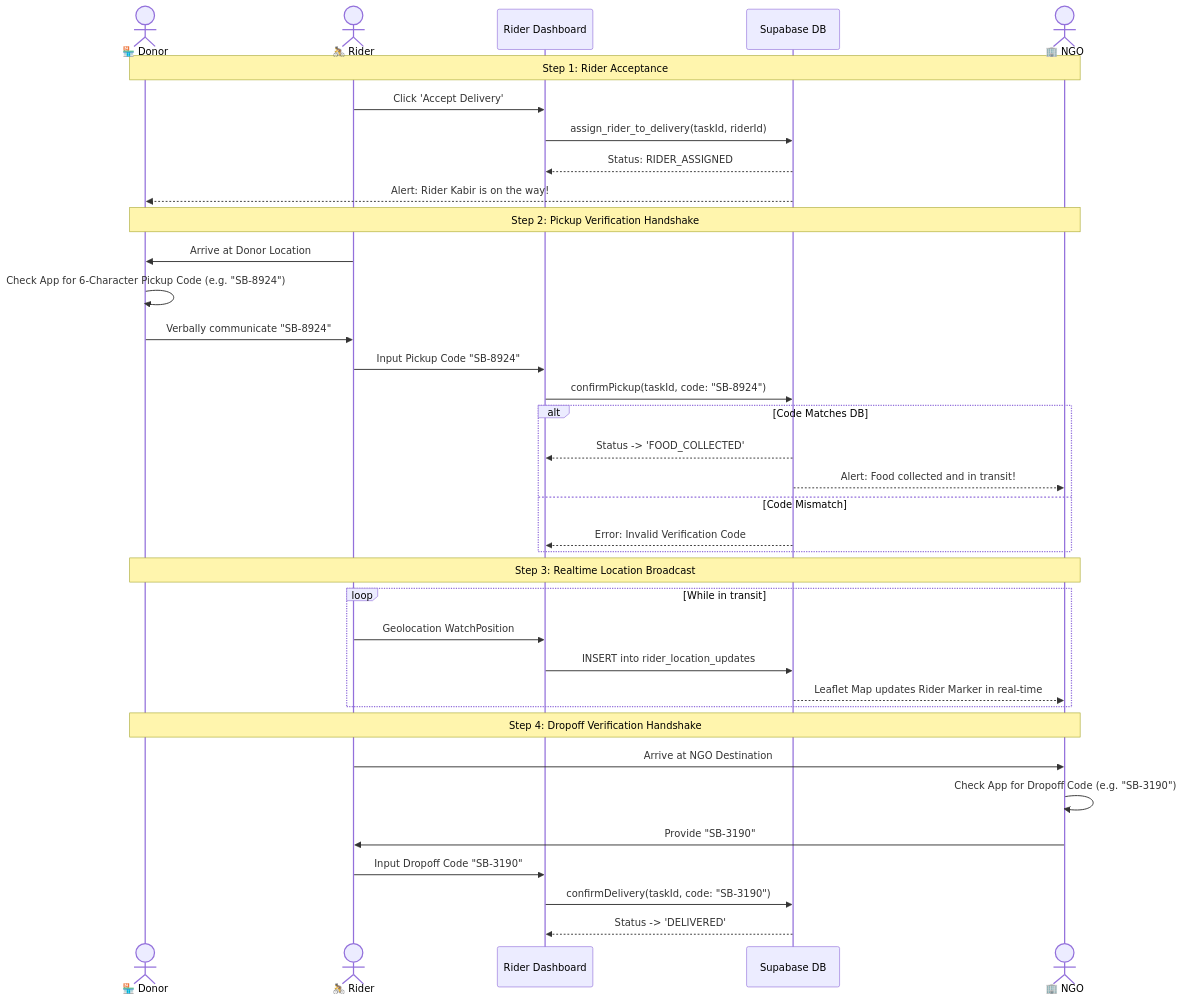
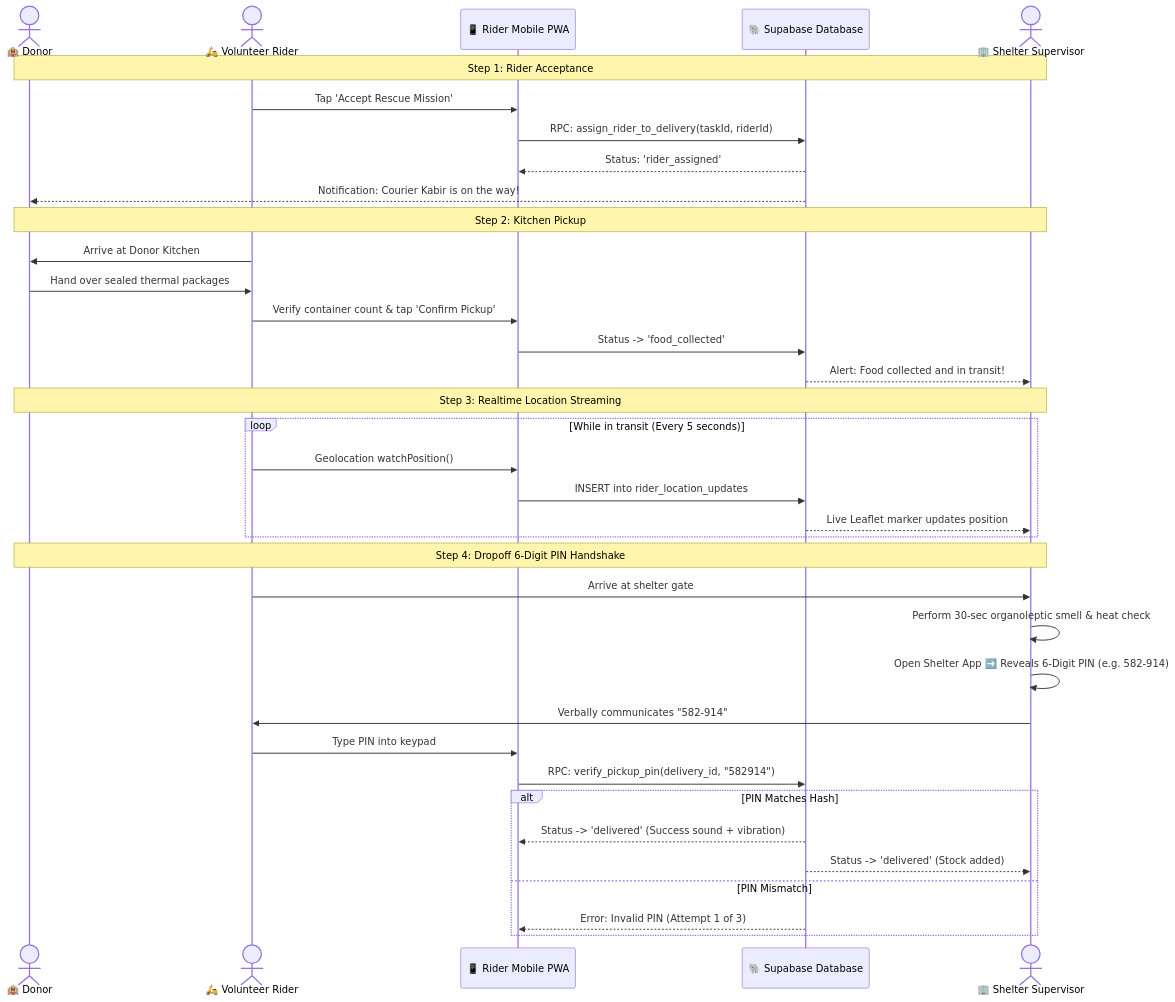
Before and after one commit to rohillanikhlesh2510/Sharebite---Food-rescuing-app: the fifth of 11 diagrams in docs/WORKFLOW_DIAGRAM.md, drawn with Mermaid. The commit also changed other lines of this file, not shown here.

Commit message:
docs(workflows): upgrade visual lifecycle diagrams, offline PWA sync, and FSSAI organoleptic decision flows

````diff
--- a/docs/WORKFLOW_DIAGRAM.md
+++ b/docs/WORKFLOW_DIAGRAM.md
@@ -201,42 +201,42 @@
 ```mermaid
 sequenceDiagram
-    actor Donor as 🏪 Donor
-    actor Rider as 🚴 Rider
-    participant App as Rider Dashboard
-    participant DB as Supabase DB
-    actor NGO as 🏢 NGO
+    actor Donor as 🏨 Donor
+    actor Rider as 🛵 Volunteer Rider
+    participant App as 📱 Rider Mobile PWA
+    participant DB as 🐘 Supabase Database
+    actor NGO as 🏢 Shelter Supervisor
 
     Note over Donor,NGO: Step 1: Rider Acceptance
-    Rider->>App: Click 'Accept Delivery'
-    App->>DB: assign_rider_to_delivery(taskId, riderId)
-    DB-->>App: Status: RIDER_ASSIGNED
-    DB-->>Donor: Alert: Rider Kabir is on the way!
+    Rider->>App: Tap 'Accept Rescue Mission'
+    App->>DB: RPC: assign_rider_to_delivery(taskId, riderId)
+    DB-->>App: Status: 'rider_assigned'
+    DB-->>Donor: Notification: Courier Kabir is on the way!
 
-    Note over Donor,NGO: Step 2: Pickup Verification Handshake
-    Rider->>Donor: Arrive at Donor Location
-    Donor->>Donor: Check App for 6-Character Pickup Code (e.g. "SB-8924")
-    Donor->>Rider: Verbally communicate "SB-8924"
-    Rider->>App: Input Pickup Code "SB-8924"
-    App->>DB: confirmPickup(taskId, code: "SB-8924")
-    alt Code Matches DB
-        DB-->>App: Status -> 'FOOD_COLLECTED'
-        DB-->>NGO: Alert: Food collected and in transit!
-    else Code Mismatch
-        DB-->>App: Error: Invalid Verification Code
+    Note over Donor,NGO: Step 2: Kitchen Pickup
+    Rider->>Donor: Arrive at Donor Kitchen
+    Donor->>Rider: Hand over sealed thermal packages
+    Rider->>App: Verify container count & tap 'Confirm Pickup'
+    App->>DB: Status -> 'food_collected'
+    DB-->>NGO: Alert: Food collected and in transit!
+
+    Note over Donor,NGO: Step 3: Realtime Location Streaming
+    loop While in transit (Every 5 seconds)
+        Rider->>App: Geolocation watchPosition()
+        App->>DB: INSERT into rider_location_updates
+        DB-->>NGO: Live Leaflet marker updates position
     end
 
-    Note over Donor,NGO: Step 3: Realtime Location Broadcast
-    loop While in transit
-        Rider->>App: Geolocation WatchPosition
-        App->>DB: INSERT into rider_location_updates
-        DB-->>NGO: Leaflet Map updates Rider Marker in real-time
+    Note over Donor,NGO: Step 4: Dropoff 6-Digit PIN Handshake
+    Rider->>NGO: Arrive at shelter gate
+    NGO->>NGO: Perform 30-sec organoleptic smell & heat check
+    NGO->>NGO: Open Shelter App ➡️ Reveals 6-Digit PIN (e.g. 582-914)
+    NGO->>Rider: Verbally communicates "582-914"
+    Rider->>App: Type PIN into keypad
+    App->>DB: RPC: verify_pickup_pin(delivery_id, "582914")
+    alt PIN Matches Hash
+        DB-->>App: Status -> 'delivered' (Success sound + vibration)
+        DB-->>NGO: Status -> 'delivered' (Stock added)
+    else PIN Mismatch
+        DB-->>App: Error: Invalid PIN (Attempt 1 of 3)
     end
-
-    Note over Donor,NGO: Step 4: Dropoff Verification Handshake
-    Rider->>NGO: Arrive at NGO Destination
-    NGO->>NGO: Check App for Dropoff Code (e.g. "SB-3190")
-    NGO->>Rider: Provide "SB-3190"
-    Rider->>App: Input Dropoff Code "SB-3190"
-    App->>DB: confirmDelivery(taskId, code: "SB-3190")
-    DB-->>App: Status -> 'DELIVERED'
 ```
````
